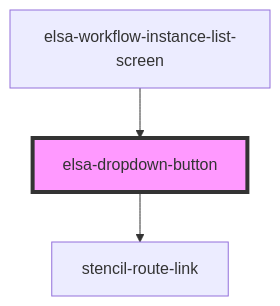
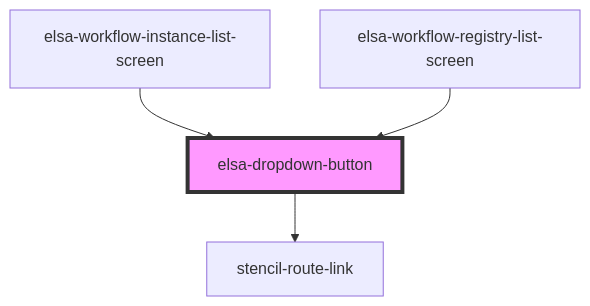
Before and after one commit to elsa-workflows/elsa-core: the diagram in src/designer/elsa-workflows-studio/src/components/controls/elsa-dropdown-button/readme.md, drawn with Mermaid. The commit also changed other lines of this file and 9 other files, not shown here.

````diff
--- a/src/designer/elsa-workflows-studio/src/components/controls/elsa-dropdown-button/readme.md
+++ b/src/designer/elsa-workflows-studio/src/components/controls/elsa-dropdown-button/readme.md
@@ -36,6 +37,7 @@
 ```mermaid
 graph TD;
   elsa-dropdown-button --> stencil-route-link
   elsa-workflow-instance-list-screen --> elsa-dropdown-button
+  elsa-workflow-registry-list-screen --> elsa-dropdown-button
   style elsa-dropdown-button fill:#f9f,stroke:#333,stroke-width:4px
 ```
````
